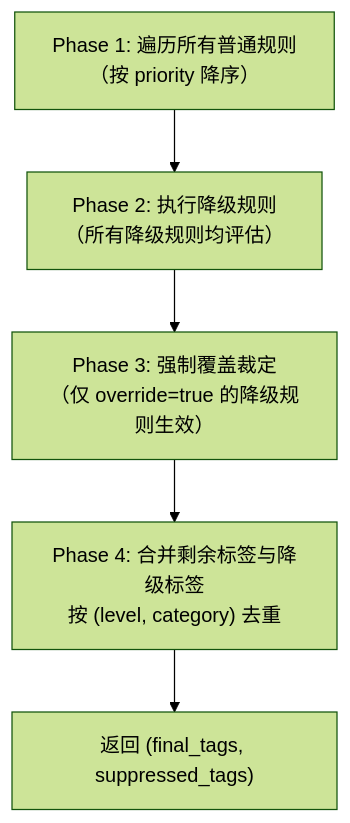
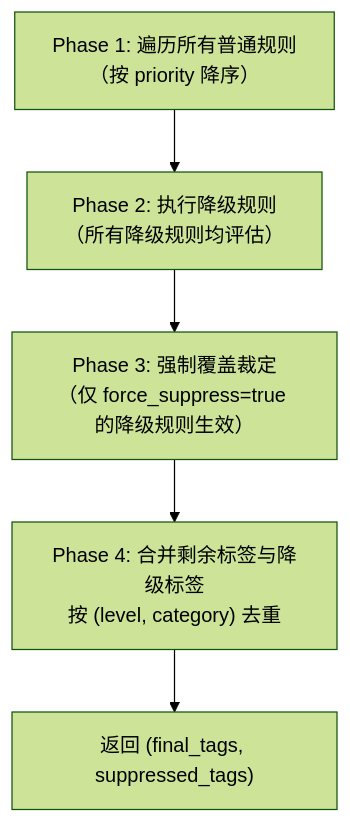
One commit to fengzhizi319/PrivShield changed the fourth of 9 diagrams in docs/dynclassification/design.md. Above: the diagram before and after it, drawn with Mermaid (forest theme). The commit also changed other lines of this file and 17 other files, not shown here.

````diff
--- a/docs/dynclassification/design.md
+++ b/docs/dynclassification/design.md
@@ -247,7 +251,7 @@
 ```mermaid
 graph TD
     A["Phase 1: 遍历所有普通规则<br/>（按 priority 降序）"] --> B["Phase 2: 执行降级规则<br/>（所有降级规则均评估）"]
-    B --> C["Phase 3: 强制覆盖裁定<br/>（仅 override=true 的降级规则生效）"]
+    B --> C["Phase 3: 强制覆盖裁定<br/>（仅 force_suppress=true 的降级规则生效）"]
     C --> D["Phase 4: 合并剩余标签与降级标签<br/>按 (level, category) 去重"]
     D --> E["返回 (final_tags, suppressed_tags)"]
 ```
````
